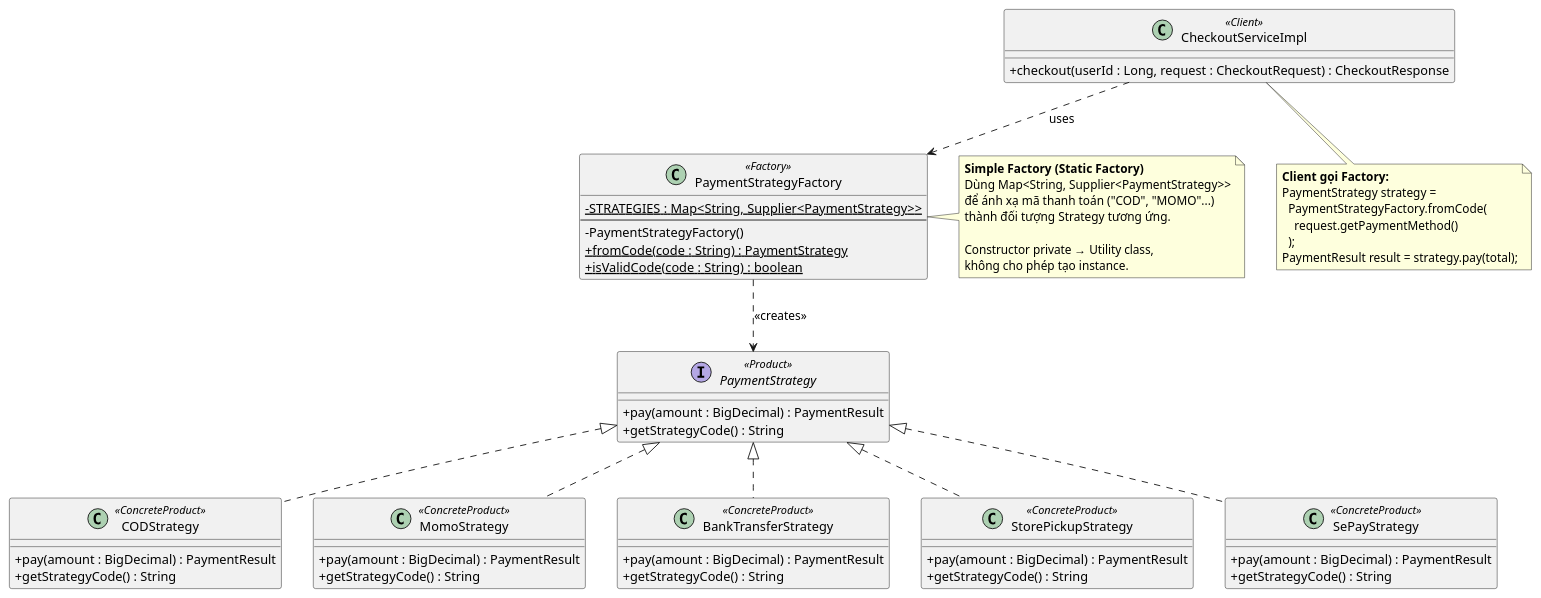
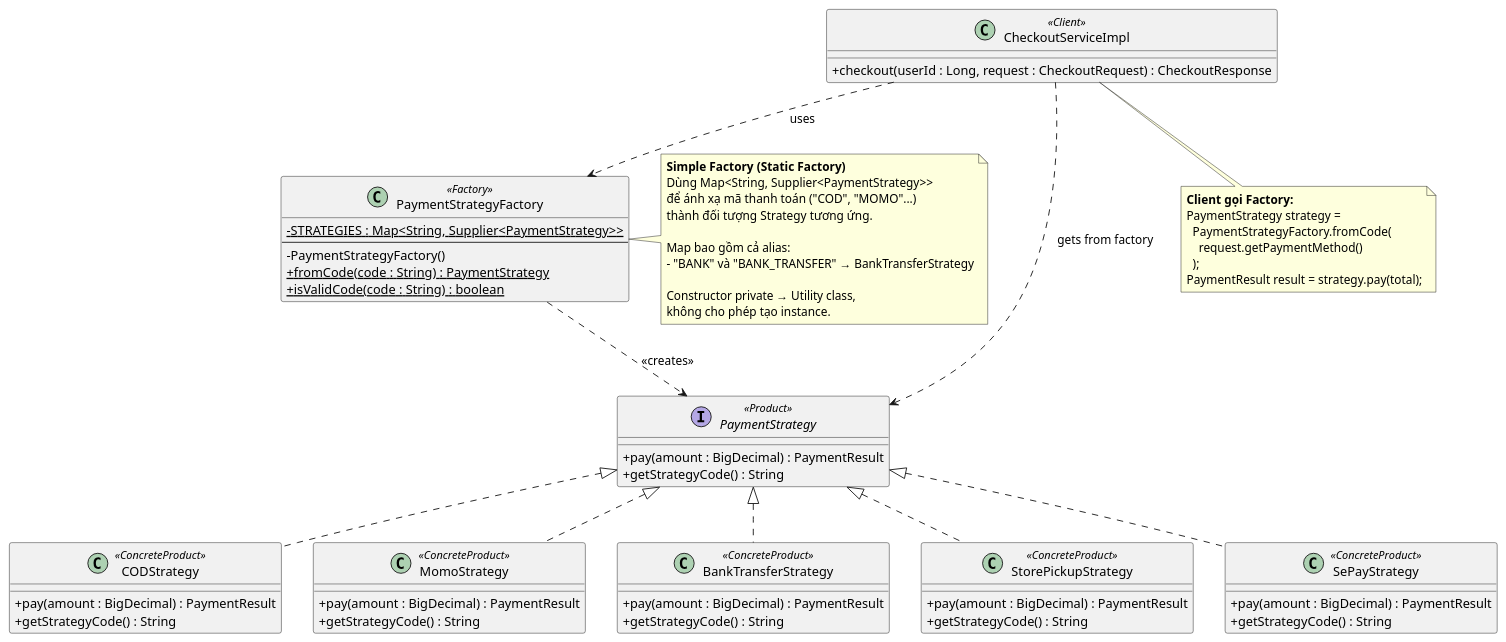
The diagram in src/Hieu_Pattern_Puml/factory_payment.puml (trihieuvo/justFUML), drawn with PlantUML before and after one commit. The commit also changed 4 other files, not shown here.

First line of the commit message:
Update PlantUML diagrams for auth/checkout/payment

```diff
--- a/src/Hieu_Pattern_Puml/factory_payment.puml
+++ b/src/Hieu_Pattern_Puml/factory_payment.puml
@@ -1,79 +1,83 @@
 @startuml
 skinparam ClassAttributeIconSize 0
 
 ' --- Factory ---
 class PaymentStrategyFactory <<Factory>> {
     - {static} STRATEGIES : Map<String, Supplier<PaymentStrategy>>
     --
     - PaymentStrategyFactory()
     + {static} fromCode(code : String) : PaymentStrategy
     + {static} isValidCode(code : String) : boolean
 }
 
 ' --- Product Interface ---
 interface PaymentStrategy <<Product>> {
     + pay(amount : BigDecimal) : PaymentResult
     + getStrategyCode() : String
 }
 
 ' --- Concrete Products ---
 class CODStrategy <<ConcreteProduct>> {
     + pay(amount : BigDecimal) : PaymentResult
     + getStrategyCode() : String
 }
 
 class MomoStrategy <<ConcreteProduct>> {
     + pay(amount : BigDecimal) : PaymentResult
     + getStrategyCode() : String
 }
 
 class BankTransferStrategy <<ConcreteProduct>> {
     + pay(amount : BigDecimal) : PaymentResult
     + getStrategyCode() : String
 }
 
 class StorePickupStrategy <<ConcreteProduct>> {
     + pay(amount : BigDecimal) : PaymentResult
     + getStrategyCode() : String
 }
 
 class SePayStrategy <<ConcreteProduct>> {
     + pay(amount : BigDecimal) : PaymentResult
     + getStrategyCode() : String
 }
 
 ' --- Client ---
 class CheckoutServiceImpl <<Client>> {
     + checkout(userId : Long, request : CheckoutRequest) : CheckoutResponse
 }
 
 ' --- Relationships ---
 PaymentStrategy <|.. CODStrategy
 PaymentStrategy <|.. MomoStrategy
 PaymentStrategy <|.. BankTransferStrategy
 PaymentStrategy <|.. StorePickupStrategy
 PaymentStrategy <|.. SePayStrategy
 PaymentStrategyFactory ..> PaymentStrategy : "<<creates>>"
 CheckoutServiceImpl ..> PaymentStrategyFactory : "uses"
+CheckoutServiceImpl ..> PaymentStrategy : "gets from factory"
 
 ' --- Notes ---
 note right of PaymentStrategyFactory
   **Simple Factory (Static Factory)**
   Dùng Map<String, Supplier<PaymentStrategy>>
-  để ánh xạ mã thanh toán ("COD", "MOMO"...) 
+  để ánh xạ mã thanh toán ("COD", "MOMO"...)
   thành đối tượng Strategy tương ứng.
+  
+  Map bao gồm cả alias:
+  - "BANK" và "BANK_TRANSFER" → BankTransferStrategy
   
   Constructor private → Utility class,
   không cho phép tạo instance.
 end note
 
 note bottom of CheckoutServiceImpl
   **Client gọi Factory:**
   PaymentStrategy strategy = 
     PaymentStrategyFactory.fromCode(
       request.getPaymentMethod()
     );
   PaymentResult result = strategy.pay(total);
 end note
 
 @enduml
```
